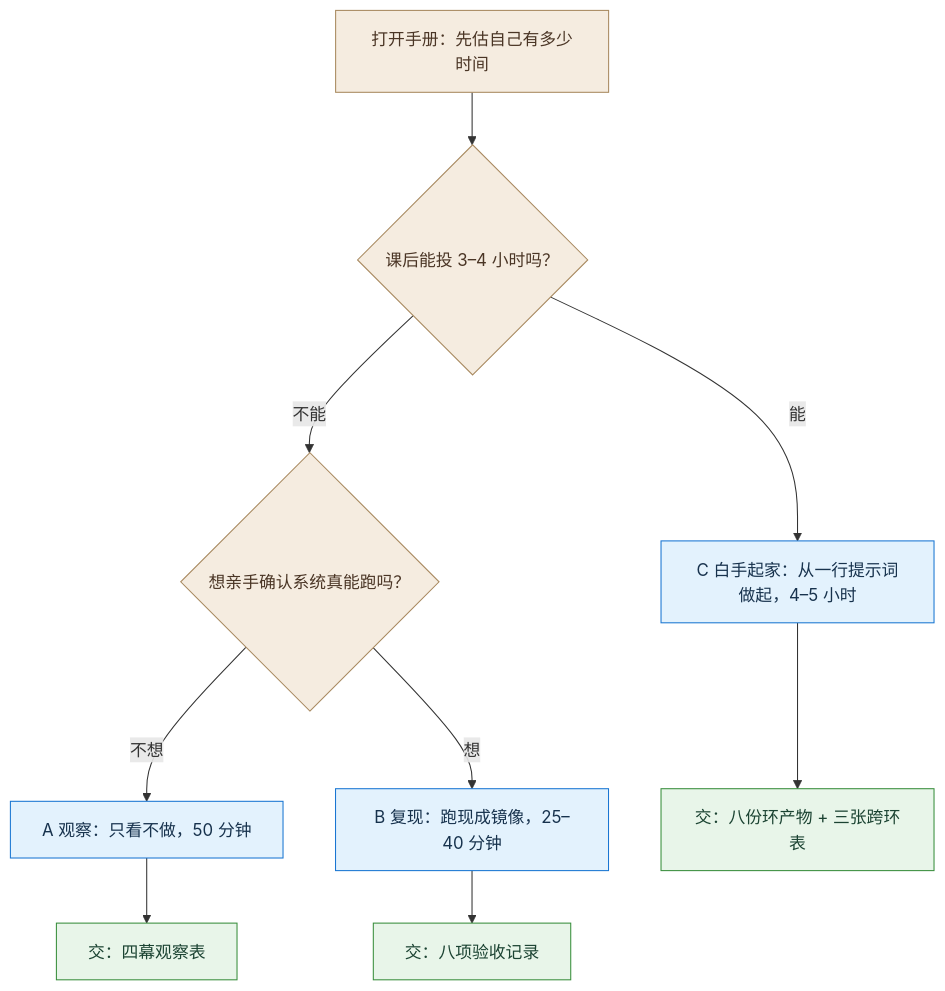
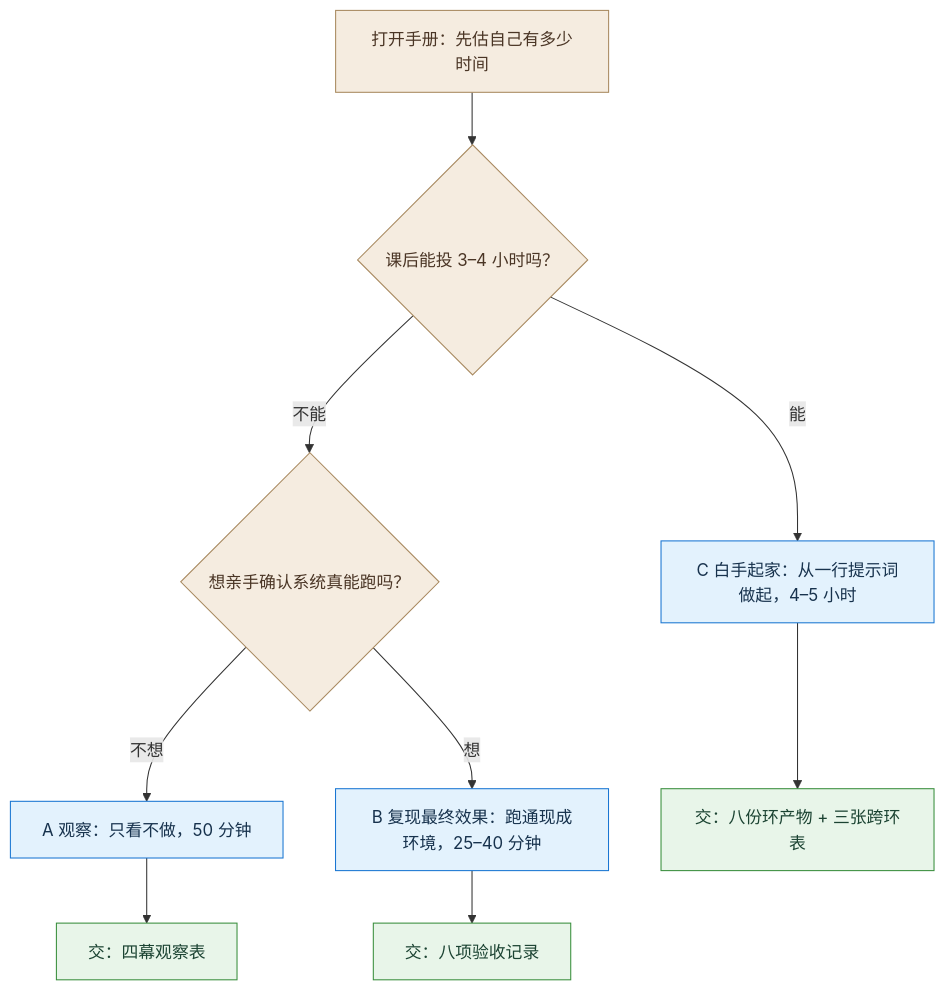
Before and after one commit to cloudzun/mingzhou: the first of 3 diagrams in content/01.md, drawn with Mermaid. The commit also changed other lines of this file and 5 other files, not shown here.

Commit message:
content: 1 篇批次 1 发布——侧栏分组「手册」、1 篇与 B 改名、A/B 表补链接与环境、B 开头仓库镜像表、起手引导输出收窄为一段 10 行（不贴技能原文）、图 1-1 重渲染

````diff
--- a/content/01.md
+++ b/content/01.md
@@ -25,19 +25,19 @@
 ```mermaid
 flowchart TD
   S["打开手册：先估自己有多少时间"] --> Q1{"课后能投 3–4 小时吗？"}
   Q1 -->|"不能"| Q2{"想亲手确认系统真能跑吗？"}
   Q2 -->|"不想"| A["A 观察：只看不做，50 分钟"]
-  Q2 -->|"想"| B["B 复现：跑现成镜像，25–40 分钟"]
+  Q2 -->|"想"| B["B 复现最终效果：跑通现成环境，25–40 分钟"]
   Q1 -->|"能"| C["C 白手起家：从一行提示词做起，4–5 小时"]
   A --> OA["交：四幕观察表"]
   B --> OB["交：八项验收记录"]
   C --> OC["交：八份环产物 + 三张跨环表"]
 classDef blue fill:#e3f2fd,stroke:#1976d2,color:#17324d;
 classDef green fill:#e8f5e9,stroke:#388e3c,color:#1b4332;
 classDef red fill:#fdecea,stroke:#d94f4f,color:#5c1d1d;
 classDef warm fill:#f5ece0,stroke:#a8895f,color:#4a3525;
 classDef gray fill:#eceff1,stroke:#607d8b,color:#263238;
   class S,Q1,Q2 warm;
   class A,B,C blue;
   class OA,OB,OC green;
 ```
````
